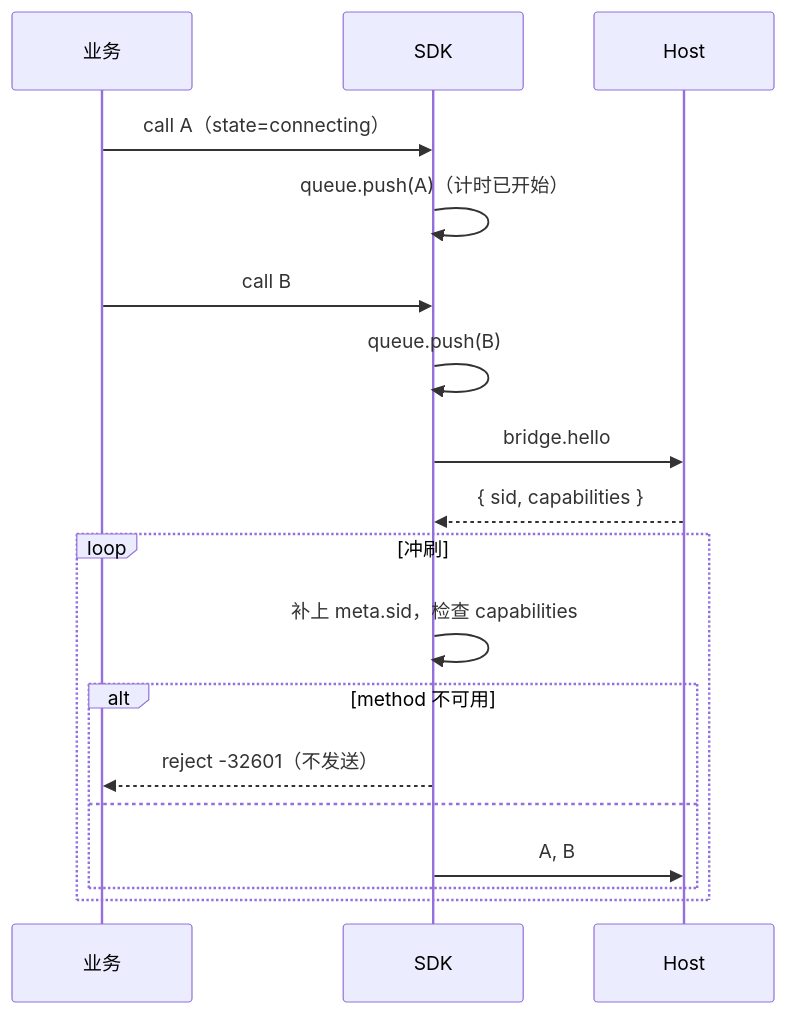
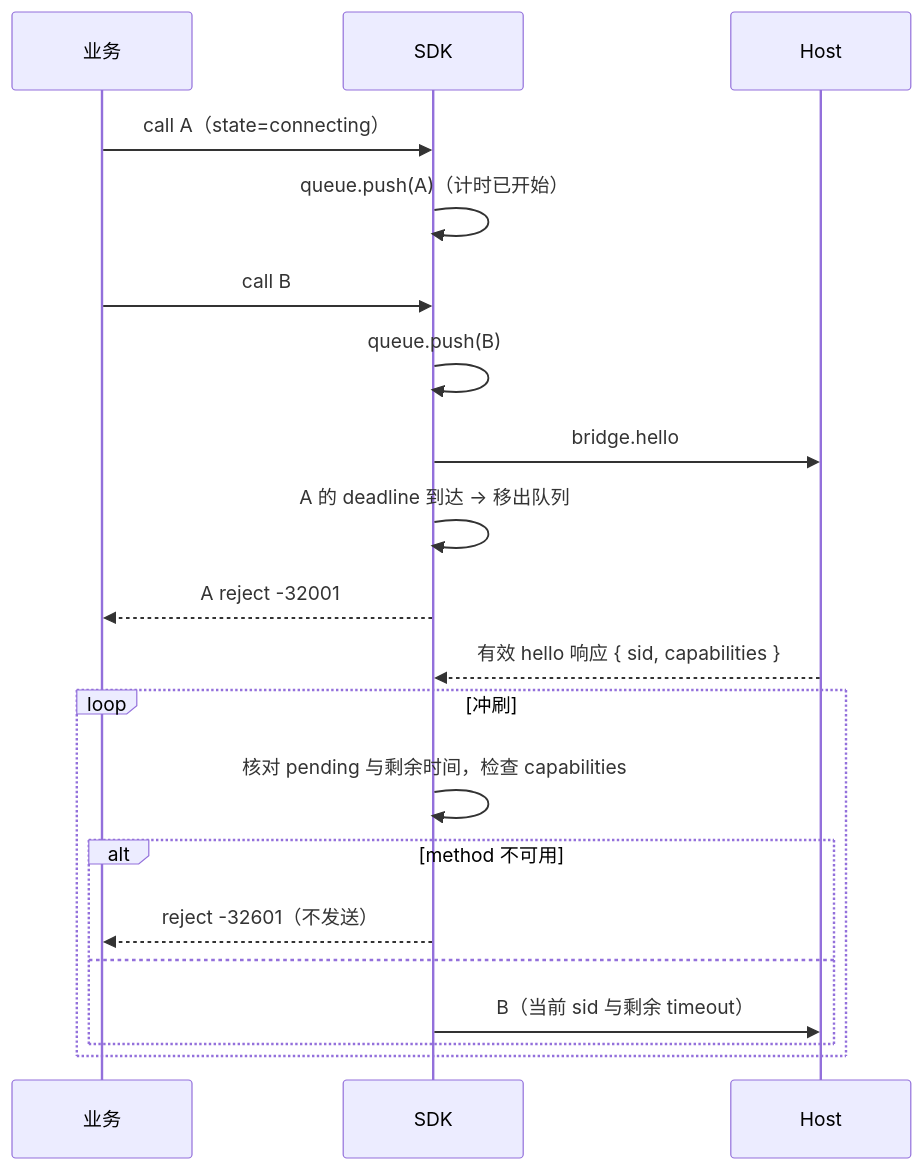
The second of 2 diagrams in docs/web-sdk.md (Josp3r/open-jsbridge), drawn with Mermaid before and after one commit. The commit also changed other lines of this file and 25 other files, not shown here.

````diff
--- a/docs/web-sdk.md
+++ b/docs/web-sdk.md
@@ -204,20 +145,22 @@
 ```mermaid
 sequenceDiagram
   participant B as 业务
   participant S as SDK
   participant H as Host
   B->>S: call A（state=connecting）
   S->>S: queue.push(A)（计时已开始）
   B->>S: call B
   S->>S: queue.push(B)
   S->>H: bridge.hello
-  H-->>S: { sid, capabilities }
+  S->>S: A 的 deadline 到达 → 移出队列
+  S-->>B: A reject -32001
+  H-->>S: 有效 hello 响应 { sid, capabilities }
   loop 冲刷
-    S->>S: 补上 meta.sid，检查 capabilities
+    S->>S: 核对 pending 与剩余时间，检查 capabilities
     alt method 不可用
       S-->>B: reject -32601（不发送）
     else
-      S->>H: A, B
+      S->>H: B（当前 sid 与剩余 timeout）
     end
   end
 ```
````
